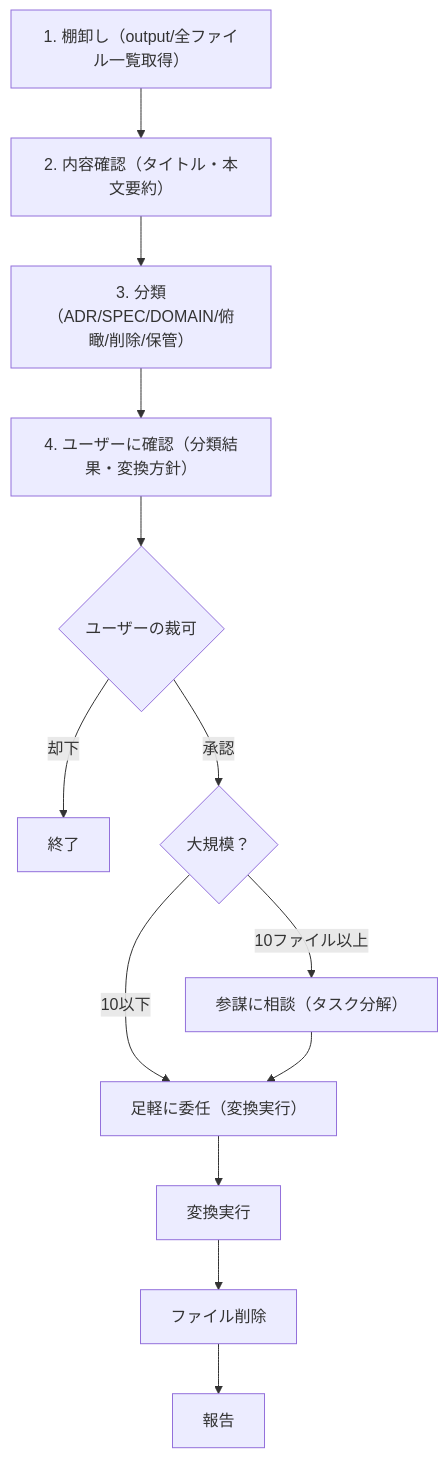
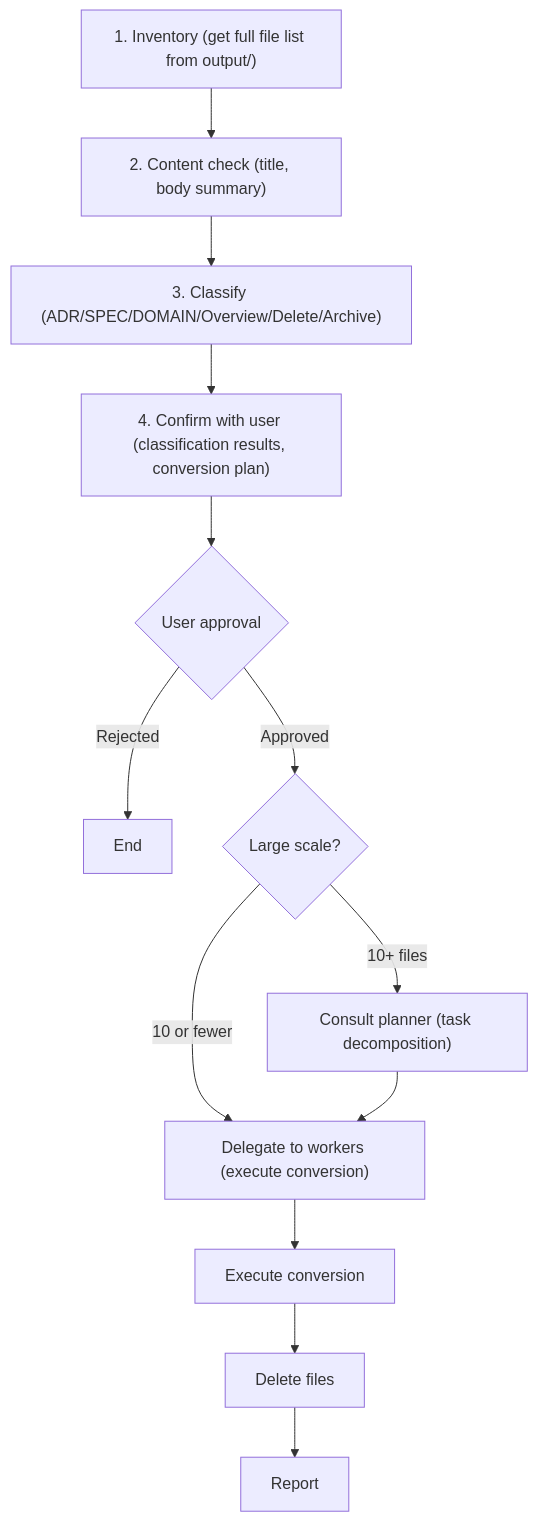
The diagram in legacy-knowledge/skills/archive-output/SKILL.md (t-hasuike/CLysis), drawn with Mermaid before and after one commit. The commit also changed other lines of this file and 45 other files, not shown here.

````diff
--- a/legacy-knowledge/skills/archive-output/SKILL.md
+++ b/legacy-knowledge/skills/archive-output/SKILL.md
@@ -43,15 +43,15 @@
 ```mermaid
 flowchart TD
-    A["1. 棚卸し（output/全ファイル一覧取得）"] --> B["2. 内容確認（タイトル・本文要約）"]
-    B --> C["3. 分類（ADR/SPEC/DOMAIN/俯瞰/削除/保管）"]
-    C --> D["4. ユーザーに確認（分類結果・変換方針）"]
-    D --> E{ユーザーの裁可}
-    E -->|却下| F["終了"]
-    E -->|承認| G{大規模？}
-    G -->|10ファイル以上| H["参謀に相談（タスク分解）"]
-    G -->|10以下| I["足軽に委任（変換実行）"]
+    A["1. Inventory (get full file list from output/)"] --> B["2. Content check (title, body summary)"]
+    B --> C["3. Classify (ADR/SPEC/DOMAIN/Overview/Delete/Archive)"]
+    C --> D["4. Confirm with user (classification results, conversion plan)"]
+    D --> E{User approval}
+    E -->|Rejected| F["End"]
+    E -->|Approved| G{Large scale?}
+    G -->|10+ files| H["Consult planner (task decomposition)"]
+    G -->|10 or fewer| I["Delegate to workers (execute conversion)"]
     H --> I
-    I --> J["変換実行"]
-    J --> K["ファイル削除"]
-    K --> L["報告"]
+    I --> J["Execute conversion"]
+    J --> K["Delete files"]
+    K --> L["Report"]
 ```
````
